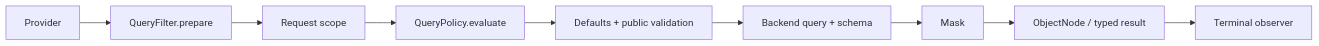
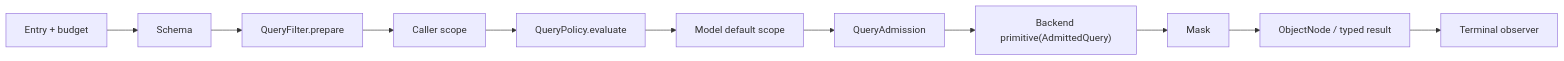
The diagram in documentation/docs/en/guide/query/query-gateway.md (Ahoo-Wang/Wow), drawn with Mermaid before and after one commit. The commit also changed other lines of this file and 35 other files, not shown here.

Commit message:
docs(query): align query guides and skills with admission, AdmittedQuery primitives and schema revalidation (#3569)

````diff
--- a/documentation/docs/en/guide/query/query-gateway.md
+++ b/documentation/docs/en/guide/query/query-gateway.md
@@ -23,11 +26,13 @@
 ```mermaid
 flowchart LR
+    Entry["Entry + budget"] --> Provider["Schema"]
     Provider --> Prepare["QueryFilter.prepare"]
-    Prepare --> Scope["Request scope"]
+    Prepare --> Scope["Caller scope"]
     Scope --> Policy["QueryPolicy.evaluate"]
-    Policy --> Validate["Defaults + public validation"]
-    Validate --> Backend["Backend query + schema"]
+    Policy --> Default["Model default scope"]
+    Default --> Admission["QueryAdmission"]
+    Admission --> Backend["Backend primitive(AdmittedQuery)"]
     Backend --> Mask["Mask"]
     Mask --> Result["ObjectNode / typed result"]
     Result --> Observer["Terminal observer"]
 ```
````
